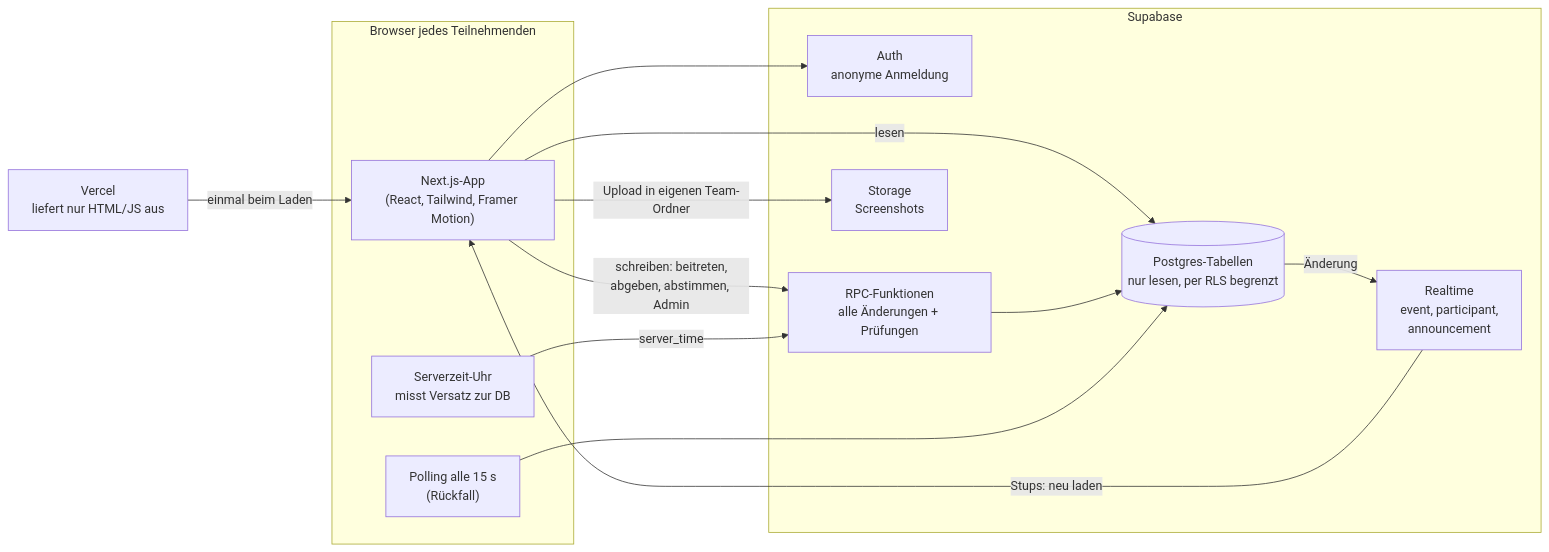
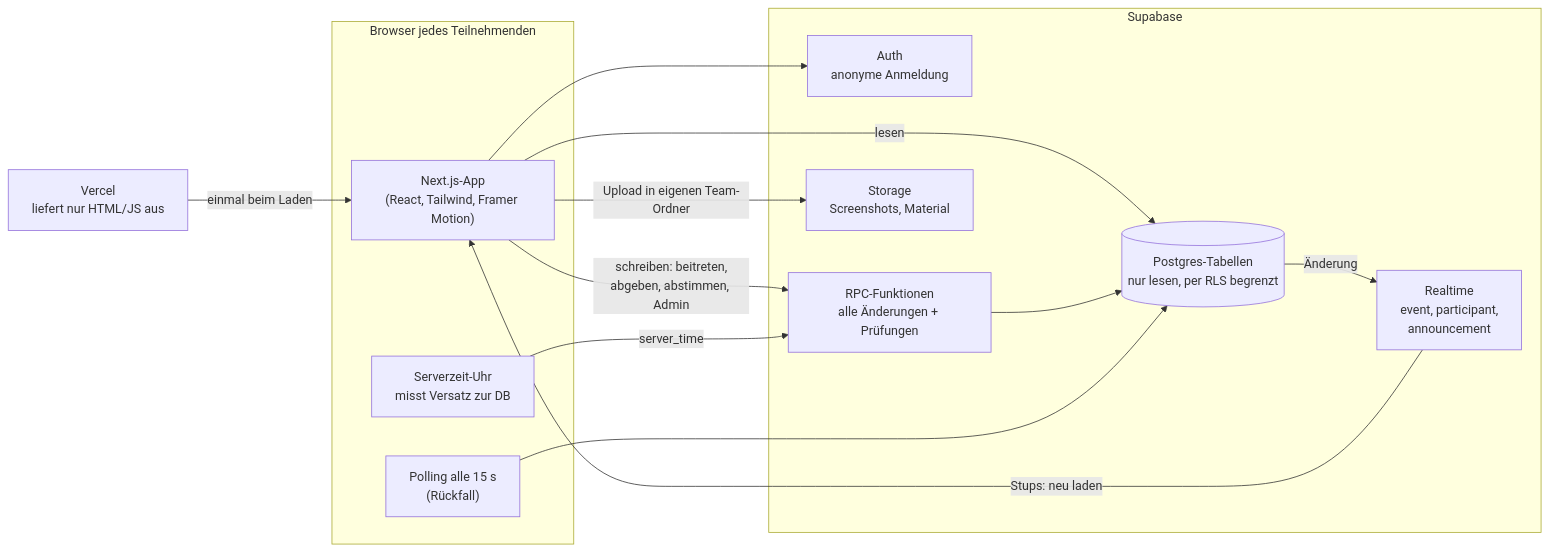
Before and after one commit to Fynnulli/Hackaton: the sixth of 7 diagrams in docs/ablauf.md, drawn with Mermaid. The commit also changed other lines of this file and 13 other files, not shown here.

````diff
--- a/docs/ablauf.md
+++ b/docs/ablauf.md
@@ -209,29 +217,29 @@
 ```mermaid
 flowchart LR
     subgraph Browser["Browser jedes Teilnehmenden"]
         UI["Next.js-App<br/>(React, Tailwind, Framer Motion)"]
         Clock["Serverzeit-Uhr<br/>misst Versatz zur DB"]
         Poll["Polling alle 15 s<br/>(Rückfall)"]
     end
 
     Vercel["Vercel<br/>liefert nur HTML/JS aus"]
 
     subgraph Supabase
         Auth["Auth<br/>anonyme Anmeldung"]
         Tables[("Postgres-Tabellen<br/>nur lesen, per RLS begrenzt")]
         RPC["RPC-Funktionen<br/>alle Änderungen + Prüfungen"]
         RT["Realtime<br/>event, participant,<br/>announcement"]
-        Store["Storage<br/>Screenshots"]
+        Store["Storage<br/>Screenshots, Material"]
     end
 
     Vercel -->|einmal beim Laden| UI
     UI --> Auth
     UI -->|lesen| Tables
     UI -->|schreiben: beitreten,<br/>abgeben, abstimmen, Admin| RPC
     RPC --> Tables
     Tables -->|Änderung| RT
     RT -->|"Stups: neu laden"| UI
     Poll --> Tables
     Clock -->|server_time| RPC
     UI -->|Upload in eigenen Team-Ordner| Store
 ```
````
